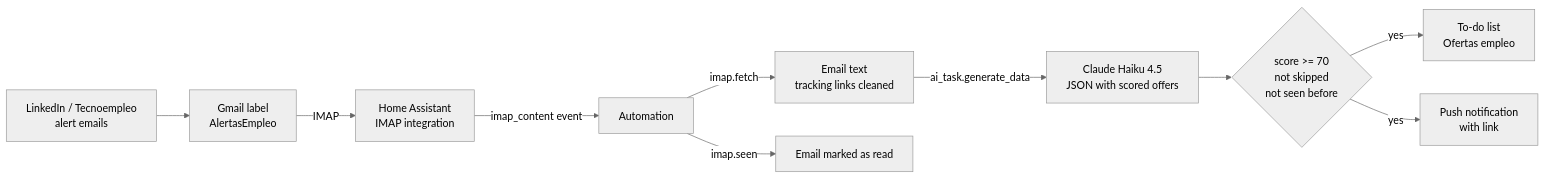
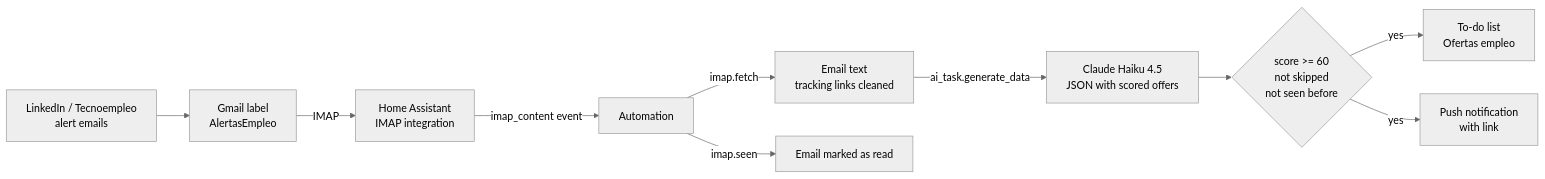
Before and after one commit to josevillar99/ha-job-alert-bot: the diagram in README.md, drawn with Mermaid (neutral theme). The commit also changed other lines of this file and 1 other file, not shown here.

````diff
--- a/README.md
+++ b/README.md
@@ -54,12 +54,12 @@
 ```mermaid
 flowchart LR
     A[LinkedIn / Tecnoempleo<br>alert emails] --> B[Gmail label<br>AlertasEmpleo]
     B -->|IMAP| C[Home Assistant<br>IMAP integration]
     C -->|imap_content event| D[Automation]
     D -->|imap.fetch| E[Email text<br>tracking links cleaned]
     E -->|ai_task.generate_data| F[Claude Haiku 4.5<br>JSON with scored offers]
-    F --> G{score >= 70<br>not skipped<br>not seen before}
+    F --> G{score >= 60<br>not skipped<br>not seen before}
     G -->|yes| H[To-do list<br>Ofertas empleo]
     G -->|yes| I[Push notification<br>with link]
     D -->|imap.seen| J[Email marked as read]
 ```
````
